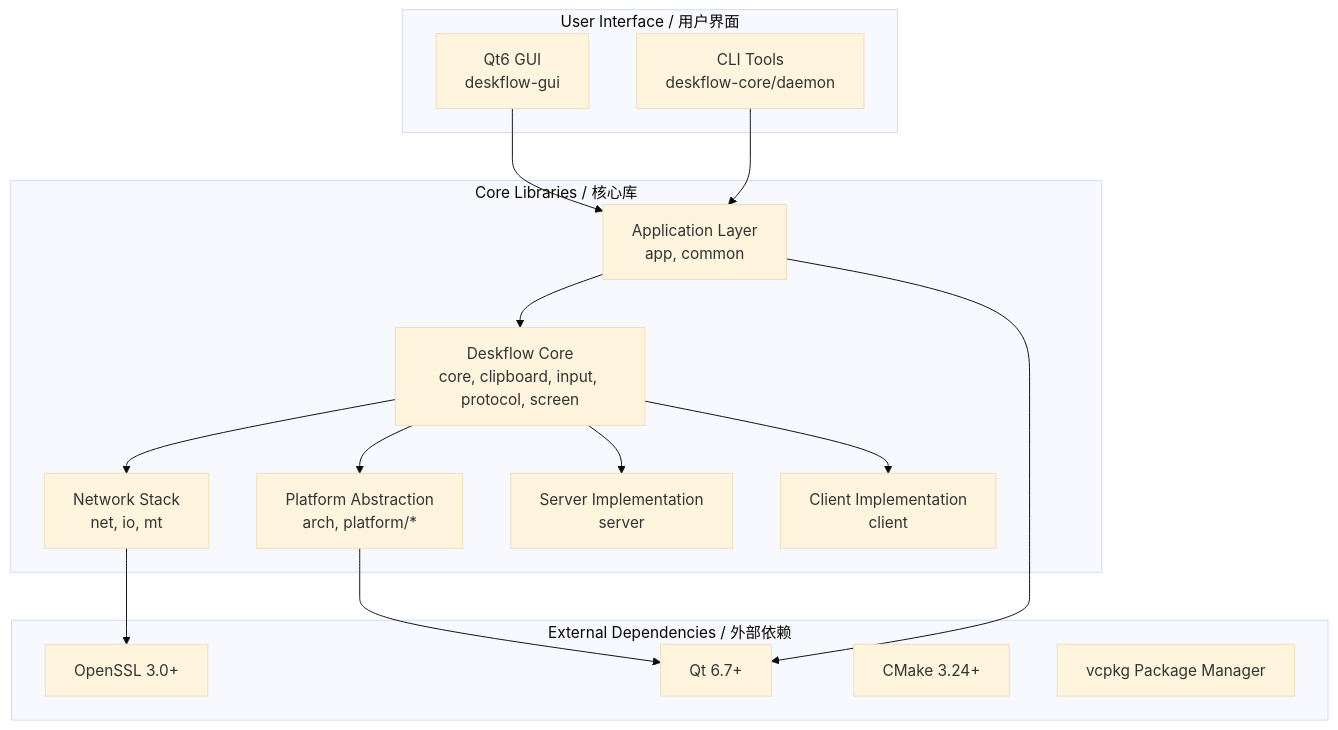
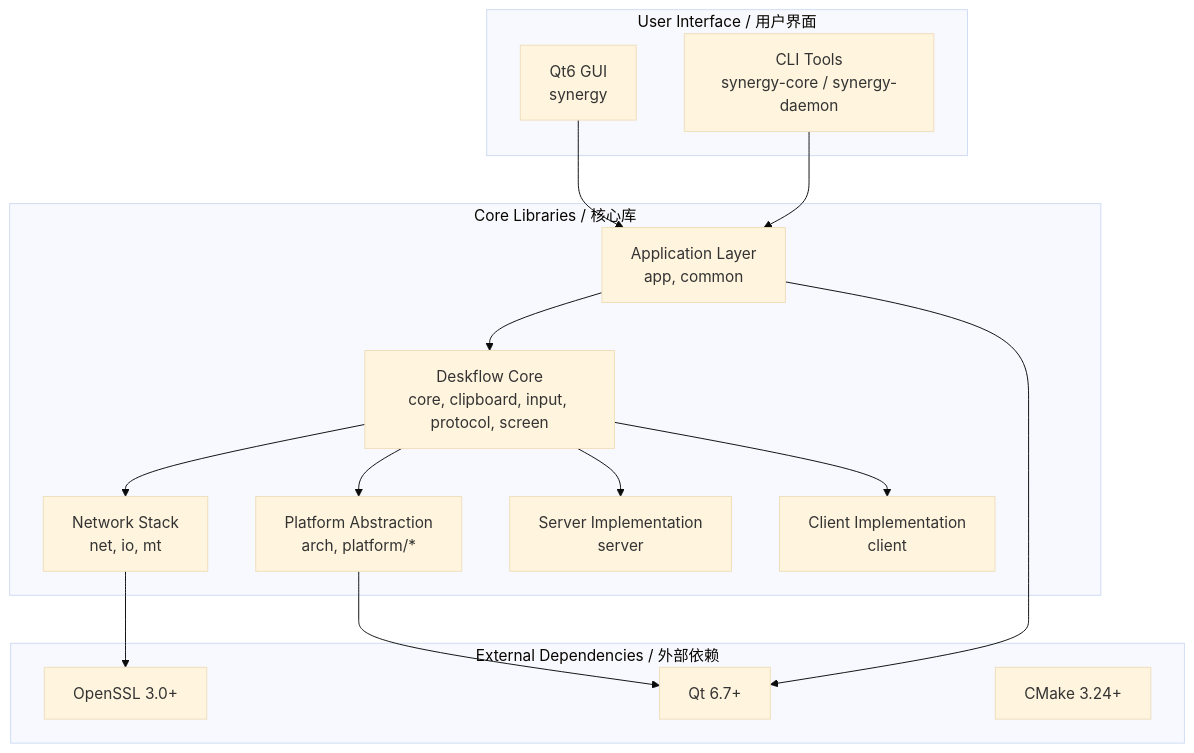
The diagram in synergy/README.md (Tupig/Tupig_synergy), drawn with Mermaid (base theme) before and after one commit. The commit also changed other lines of this file and 4 other files, not shown here.

````diff
--- a/synergy/README.md
+++ b/synergy/README.md
@@ -55,34 +55,33 @@
 ```mermaid
 graph TB
     subgraph "User Interface / 用户界面"
-        GUI[Qt6 GUI<br/>deskflow-gui]
-        CLI[CLI Tools<br/>deskflow-core/daemon]
+        GUI[Qt6 GUI<br/>synergy]
+        CLI[CLI Tools<br/>synergy-core / synergy-daemon]
     end
 
     subgraph "Core Libraries / 核心库"
         APP[Application Layer<br/>app, common]
         DESKFLOW[Deskflow Core<br/>core, clipboard, input, protocol, screen]
         NET[Network Stack<br/>net, io, mt]
         PLATFORM[Platform Abstraction<br/>arch, platform/*]
         SERVER[Server Implementation<br/>server]
         CLIENT[Client Implementation<br/>client]
     end
 
     subgraph "External Dependencies / 外部依赖"
         QT[Qt 6.7+]
         SSL[OpenSSL 3.0+]
         CMAKE[CMake 3.24+]
-        VCPKG[vcpkg Package Manager]
     end
 
     GUI --> APP
     CLI --> APP
     APP --> DESKFLOW
     DESKFLOW --> NET
     DESKFLOW --> PLATFORM
     DESKFLOW --> SERVER
     DESKFLOW --> CLIENT
     NET --> SSL
     PLATFORM --> QT
     APP --> QT
 ```
````
